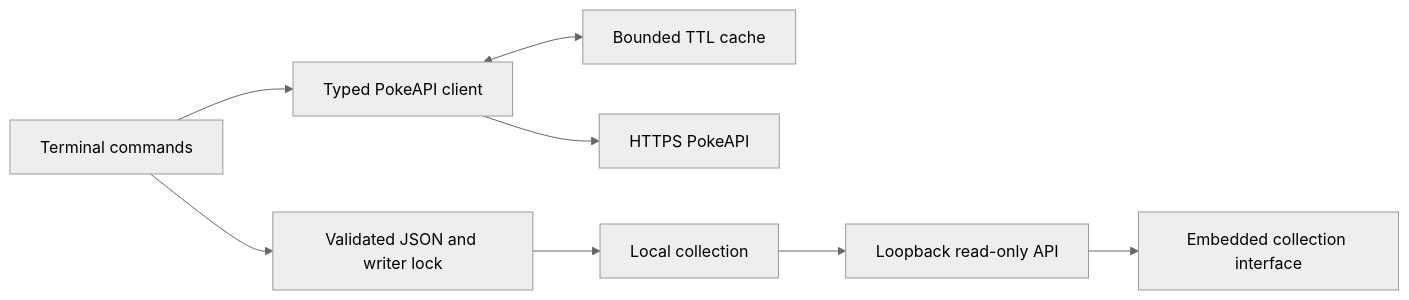
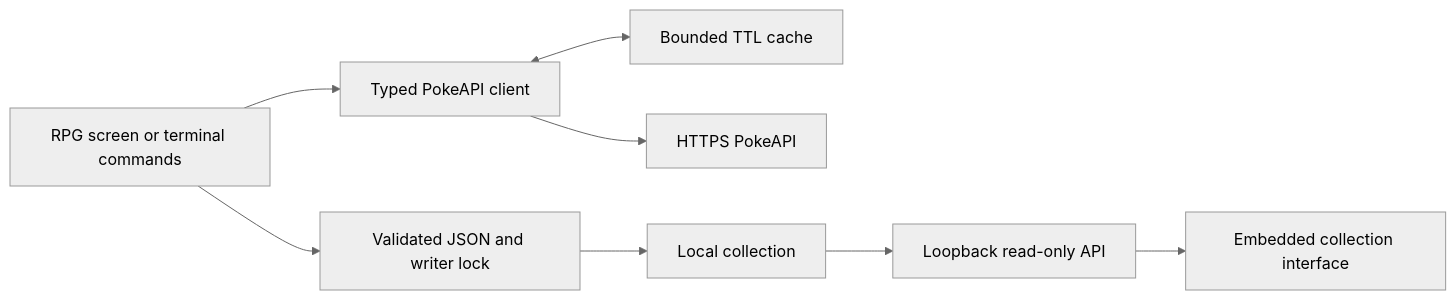
Before and after one commit to yaqyn/clibble-terminal-rpg: the diagram in docs/ARCHITECTURE.md, drawn with Mermaid (neutral theme). The commit also changed other lines of this file and 5 other files, not shown here.

````diff
--- a/docs/ARCHITECTURE.md
+++ b/docs/ARCHITECTURE.md
@@ -7,10 +7,10 @@
 ```mermaid
 flowchart LR
-    CLI[Terminal commands] --> Client[Typed PokeAPI client]
+    CLI[RPG screen or terminal commands] --> Client[Typed PokeAPI client]
     Client <--> Cache[Bounded TTL cache]
     Client --> API[HTTPS PokeAPI]
     CLI --> Save[Validated JSON and writer lock]
     Save --> Disk[Local collection]
     Disk --> Web[Loopback read-only API]
     Web --> Browser[Embedded collection interface]
 ```
````
